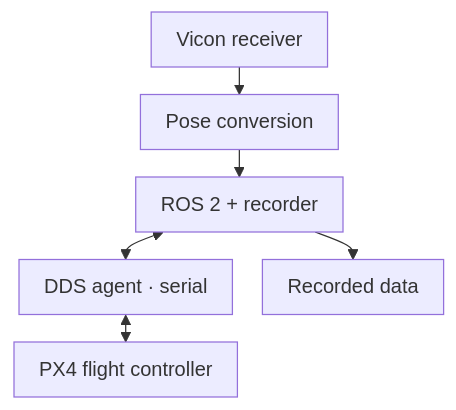
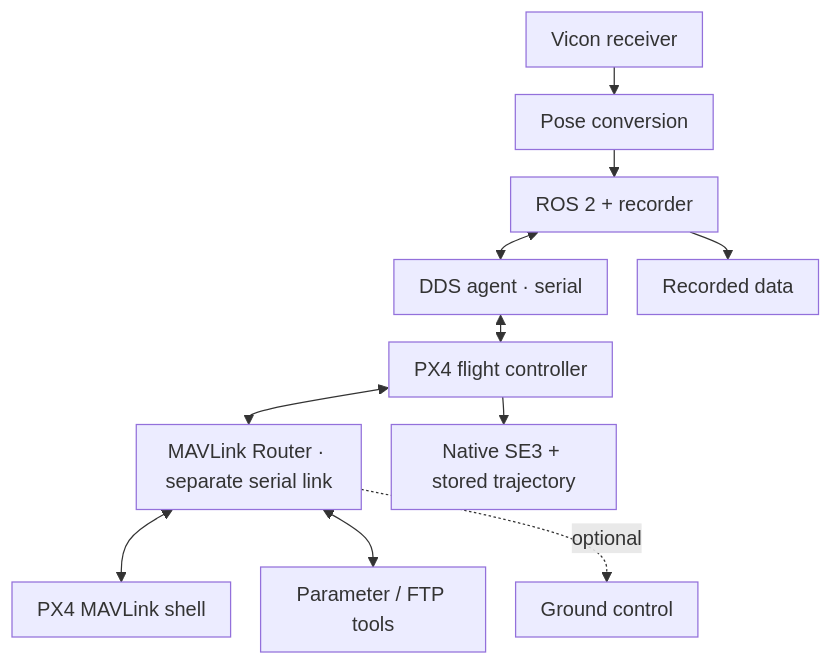
The second of 2 diagrams in docs/reference/architecture.md (ANCL/px4-dev-toolkit), drawn with Mermaid before and after one commit. The commit also changed other lines of this file and 42 other files, not shown here.

````diff
--- a/docs/reference/architecture.md
+++ b/docs/reference/architecture.md
@@ -36,17 +39,22 @@
 ```mermaid
 ---
 config:
   flowchart:
     useMaxWidth: true
     wrappingWidth: 140
     padding: 10
     rankSpacing: 22
     nodeSpacing: 24
 ---
 flowchart TB
     V["Vicon receiver"] --> C["Pose conversion"]
     C --> R["ROS 2 + recorder"]
     R <--> X["DDS agent · serial"]
     X <--> P["PX4 flight controller"]
+    P <--> MR["MAVLink Router · separate serial link"]
+    MR <--> SH["PX4 MAVLink shell"]
+    MR <--> CLI["Parameter / FTP tools"]
+    MR -. optional .-> GCS["Ground control"]
+    P --> N["Native SE3 + stored trajectory"]
     R --> B["Recorded data"]
 ```
````
